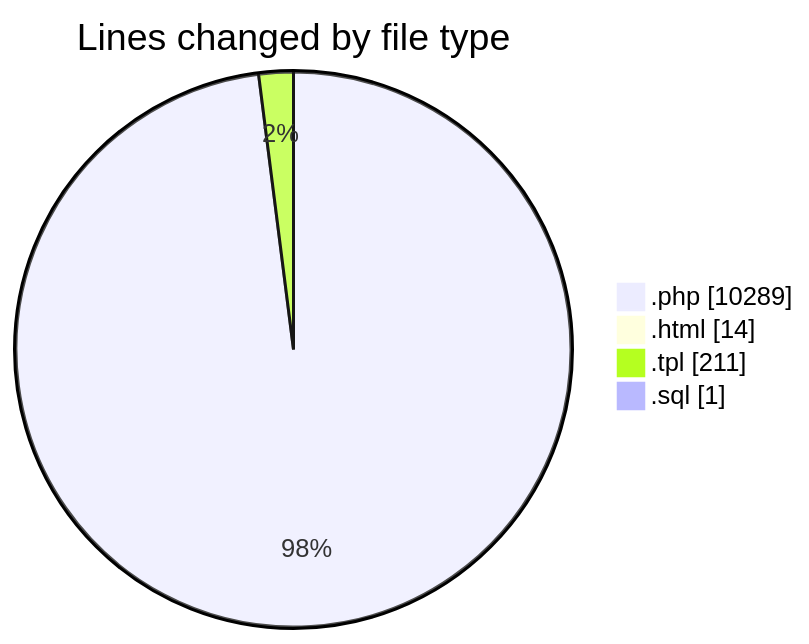
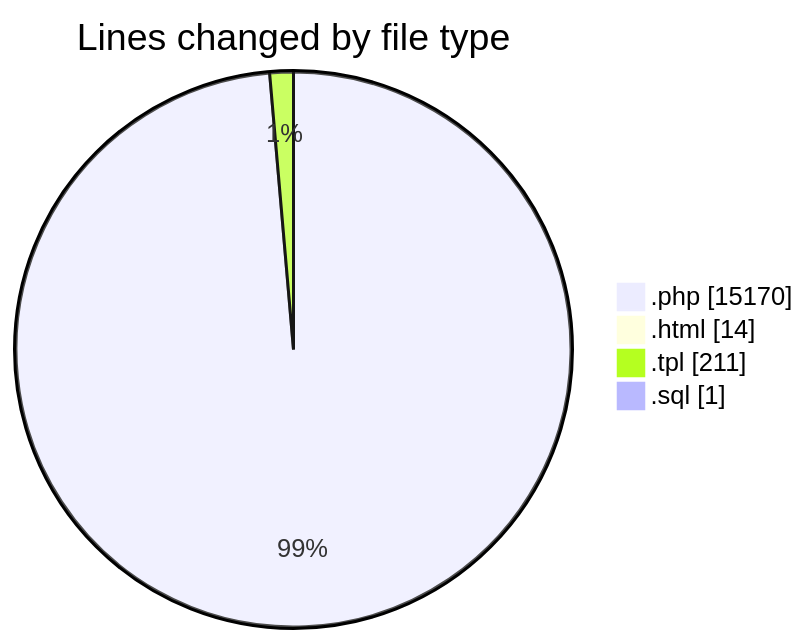
The first of 2 diagrams in 2025-09-13/shop/README.md (vahidmafi/code-tracking), drawn with Mermaid before and after one commit. The commit also changed other lines of this file and 1 other file, not shown here.

````diff
--- a/2025-09-13/shop/README.md
+++ b/2025-09-13/shop/README.md
@@ -30,8 +36,8 @@
 ```mermaid
 pie showData
 title Lines changed by file type
-".php" : 10289
+".php" : 15170
 ".html" : 14
 ".tpl" : 211
 ".sql" : 1
 ```
````
